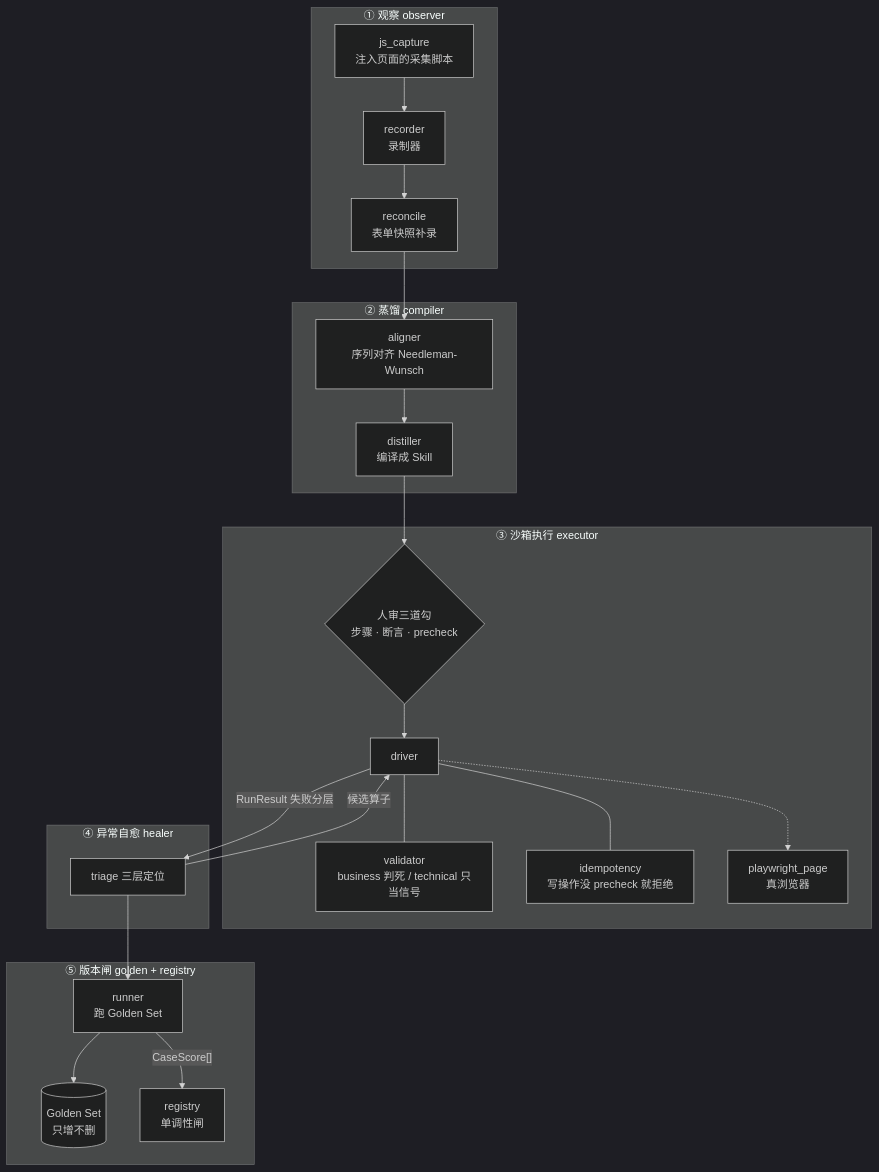
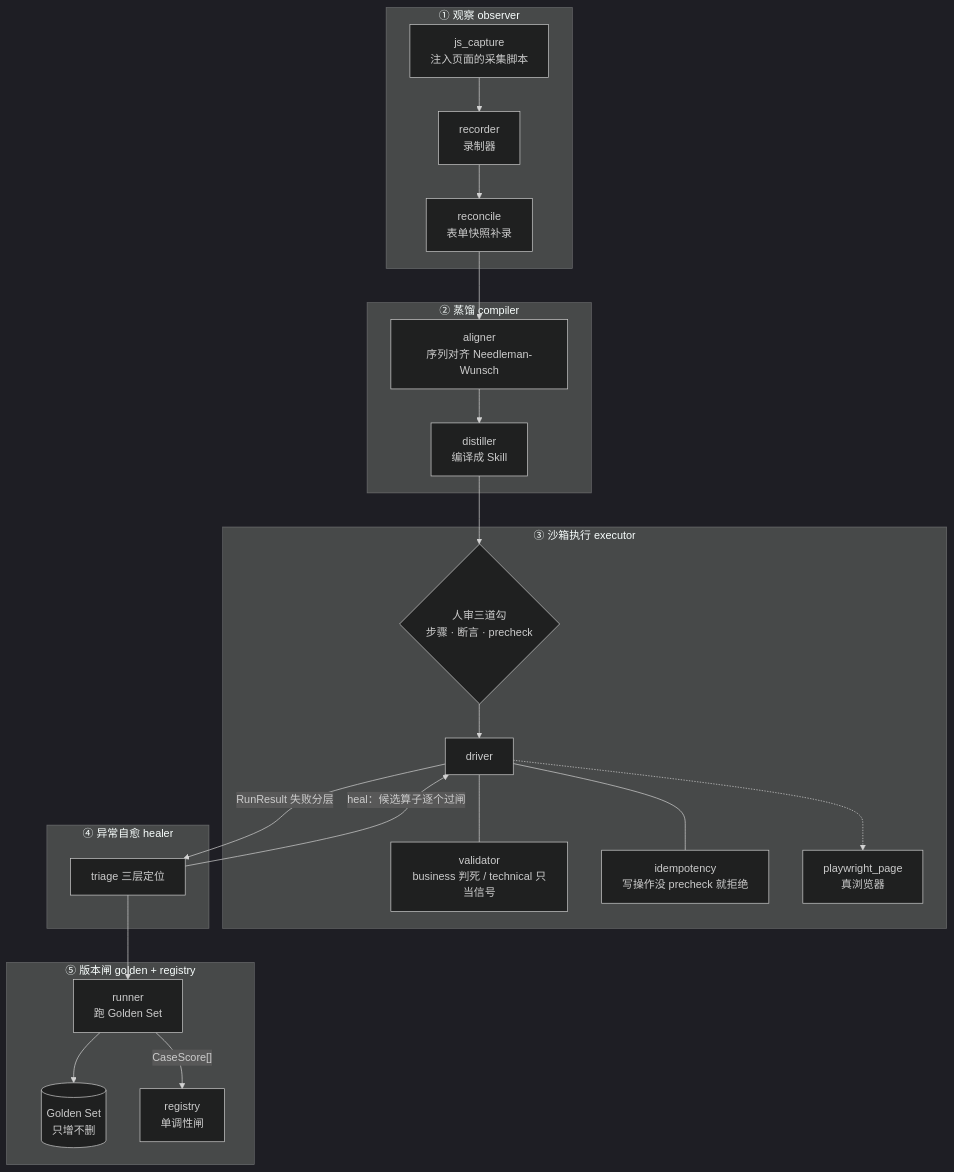
The first of 2 diagrams in README.md (nvndfvx/skillforge), drawn with Mermaid (dark theme) before and after one commit. The commit also changed other lines of this file and 15 other files, not shown here.

````diff
--- a/README.md
+++ b/README.md
@@ -62,31 +67,31 @@
 ```mermaid
 flowchart TB
   subgraph S1["① 观察 observer"]
     JS["js_capture<br/>注入页面的采集脚本"] --> REC["recorder<br/>录制器"]
     REC --> PLC["reconcile<br/>表单快照补录"]
   end
 
   subgraph S2["② 蒸馏 compiler"]
     PLC --> ALN["aligner<br/>序列对齐 Needleman-Wunsch"]
     ALN --> DIS["distiller<br/>编译成 Skill"]
   end
 
   subgraph S3["③ 沙箱执行 executor"]
     DIS --> HR{"人审三道勾<br/>步骤 · 断言 · precheck"}
     HR --> DRV["driver"]
     DRV --- VAL["validator<br/>business 判死 / technical 只当信号"]
     DRV --- IDM["idempotency<br/>写操作没 precheck 就拒绝"]
     DRV -.-> PWP["playwright_page<br/>真浏览器"]
   end
 
   subgraph S4["④ 异常自愈 healer"]
     DRV -->|"RunResult 失败分层"| TRI["triage 三层定位"]
-    TRI -->|"候选算子"| DRV
+    TRI -->|"heal：候选算子逐个过闸"| DRV
   end
 
   subgraph S5["⑤ 版本闸 golden + registry"]
     TRI --> RUN["runner<br/>跑 Golden Set"]
     RUN --> GS[("Golden Set<br/>只增不删")]
     RUN -->|"CaseScore[]"| REG["registry<br/>单调性闸"]
   end
 ```
````
